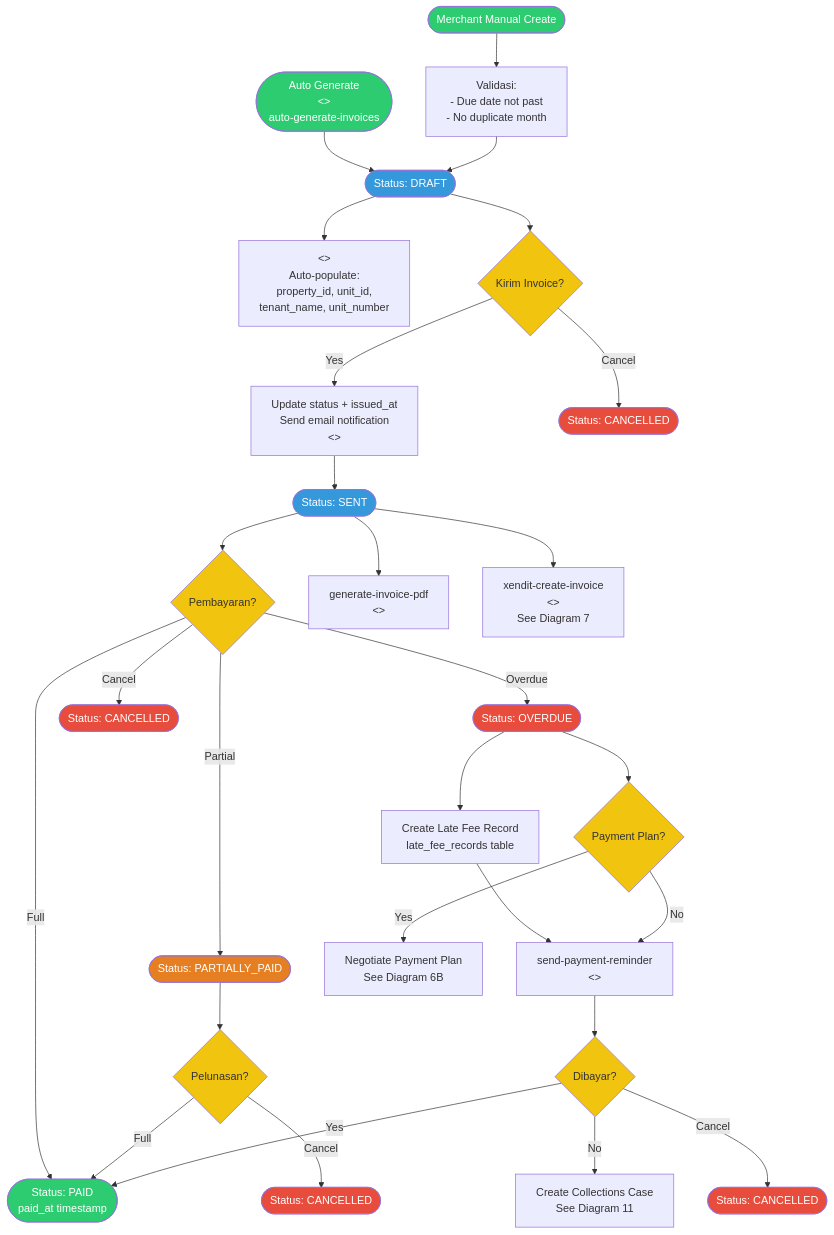
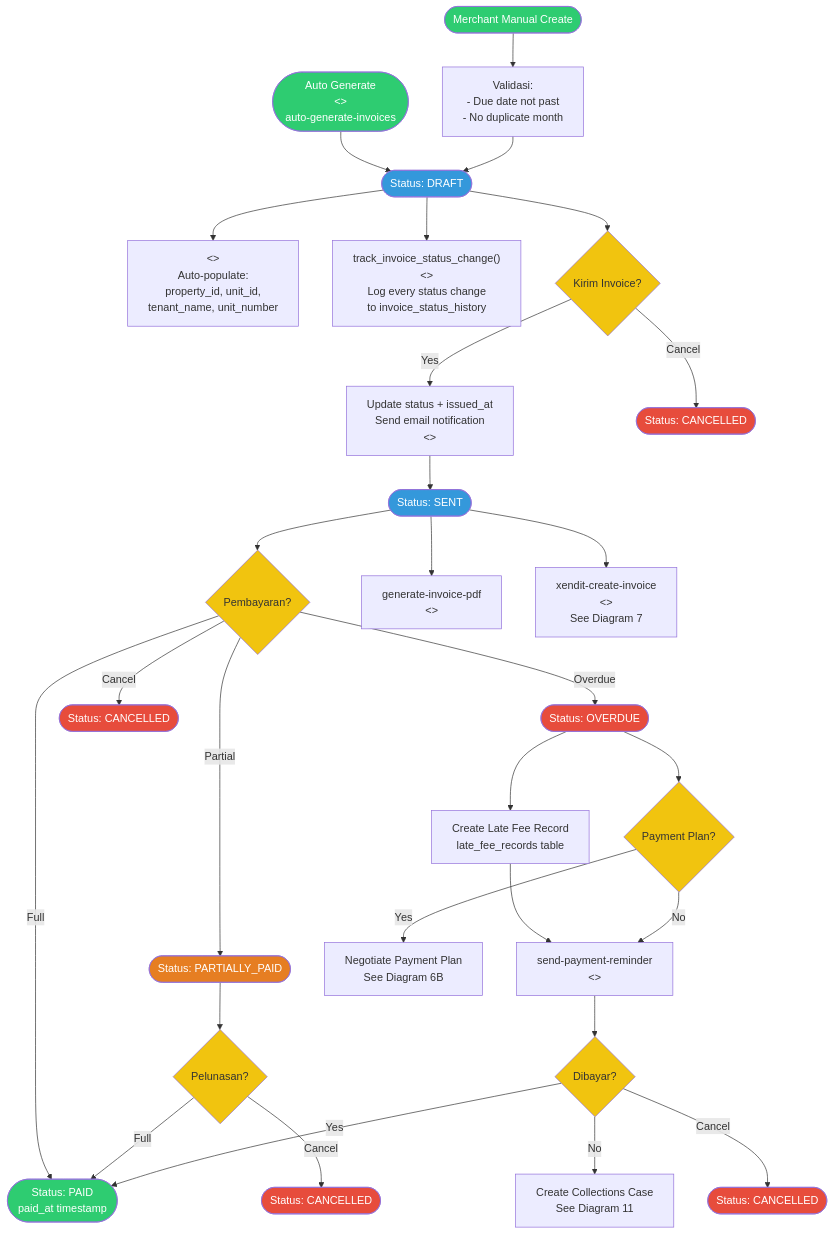
Before and after one commit to itsramaa/Sistem-Hunian: the sixth of 15 diagrams in old-docs/merchant_activity_diagram.md, drawn with Mermaid. The commit also changed other lines of this file, not shown here.

````diff
--- a/old-docs/merchant_activity_diagram.md
+++ b/old-docs/merchant_activity_diagram.md
@@ -408,54 +414,55 @@
 ```mermaid
 flowchart TD
     START(["Auto Generate<br/><<edge function>><br/>auto-generate-invoices"]) --> DRAFT([Status: DRAFT])
     MANUAL([Merchant Manual Create]) --> VALIDATE[Validasi:<br/>- Due date not past<br/>- No duplicate month]
     VALIDATE --> DRAFT
 
     DRAFT --> DENORM["<<trigger>><br/>Auto-populate:<br/>property_id, unit_id,<br/>tenant_name, unit_number"]
+    DRAFT --> TRACK_STATUS["track_invoice_status_change()<br/><<trigger>><br/>Log every status change<br/>to invoice_status_history"]
 
     DRAFT --> SEND{Kirim Invoice?}
     SEND -->|Yes| SEND_PROC[Update status + issued_at<br/>Send email notification<br/><<send-notification>>]
     SEND_PROC --> SENT([Status: SENT])
     SEND -->|Cancel| CANCELLED_D([Status: CANCELLED])
 
     SENT --> PAY_CHECK{Pembayaran?}
     PAY_CHECK -->|Full| PAID([Status: PAID<br/>paid_at timestamp])
     PAY_CHECK -->|Partial| PARTIAL([Status: PARTIALLY_PAID])
     PAY_CHECK -->|Overdue| OVERDUE([Status: OVERDUE])
     PAY_CHECK -->|Cancel| CANCELLED_S([Status: CANCELLED])
 
     PARTIAL --> PAY_CHECK2{Pelunasan?}
     PAY_CHECK2 -->|Full| PAID
     PAY_CHECK2 -->|Cancel| CANCELLED_P([Status: CANCELLED])
 
     OVERDUE --> LATE_FEE[Create Late Fee Record<br/>late_fee_records table]
     LATE_FEE --> REMINDER["send-payment-reminder<br/><<edge function>>"]
     REMINDER --> PAY_OVERDUE{Dibayar?}
     PAY_OVERDUE -->|Yes| PAID
     PAY_OVERDUE -->|No| COLLECTIONS[Create Collections Case<br/>See Diagram 11]
     PAY_OVERDUE -->|Cancel| CANCELLED_O([Status: CANCELLED])
 
     OVERDUE --> PAY_PLAN{Payment Plan?}
     PAY_PLAN -->|Yes| PLAN_NEG[Negotiate Payment Plan<br/>See Diagram 6B]
     PAY_PLAN -->|No| REMINDER
 
     SENT --> GEN_PDF["generate-invoice-pdf<br/><<edge function>>"]
     SENT --> XENDIT["xendit-create-invoice<br/><<edge function>><br/>See Diagram 7"]
 
     style START fill:#2ecc71,color:#fff
     style MANUAL fill:#2ecc71,color:#fff
     style PAID fill:#2ecc71,color:#fff
     style DRAFT fill:#3498db,color:#fff
     style SENT fill:#3498db,color:#fff
     style PARTIAL fill:#e67e22,color:#fff
     style OVERDUE fill:#e74c3c,color:#fff
     style CANCELLED_D fill:#e74c3c,color:#fff
     style CANCELLED_S fill:#e74c3c,color:#fff
     style CANCELLED_P fill:#e74c3c,color:#fff
     style CANCELLED_O fill:#e74c3c,color:#fff
     style SEND fill:#f1c40f,color:#333
     style PAY_CHECK fill:#f1c40f,color:#333
     style PAY_CHECK2 fill:#f1c40f,color:#333
     style PAY_OVERDUE fill:#f1c40f,color:#333
     style PAY_PLAN fill:#f1c40f,color:#333
 ```
````
